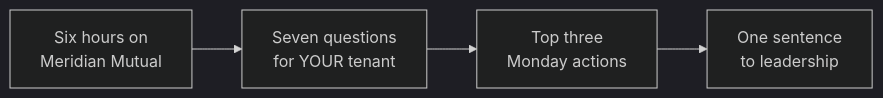
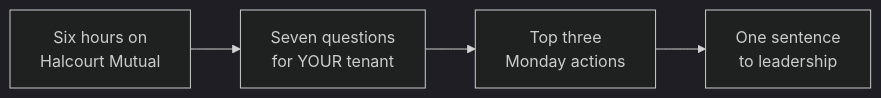
One commit to solliancenet/copilot-studio-shadow-agents-workshop changed the diagram in docs/07_assess_your_estate/07_assess_your_estate.md. Above: the diagram before and after it, drawn with Mermaid (dark theme). The commit also changed other lines of this file and 110 other files, not shown here.

First line of the commit message:
Rename fictional insurer Meridian Mutual -> Halcourt Mutual

````diff
--- a/docs/07_assess_your_estate/07_assess_your_estate.md
+++ b/docs/07_assess_your_estate/07_assess_your_estate.md
@@ -26,6 +26,6 @@
 ```mermaid
 flowchart LR
-  A[Six hours on<br/>Meridian Mutual] --> B[Seven questions<br/>for YOUR tenant]
+  A[Six hours on<br/>Halcourt Mutual] --> B[Seven questions<br/>for YOUR tenant]
   B --> C[Top three<br/>Monday actions]
   C --> D[One sentence<br/>to leadership]
 ```
````
